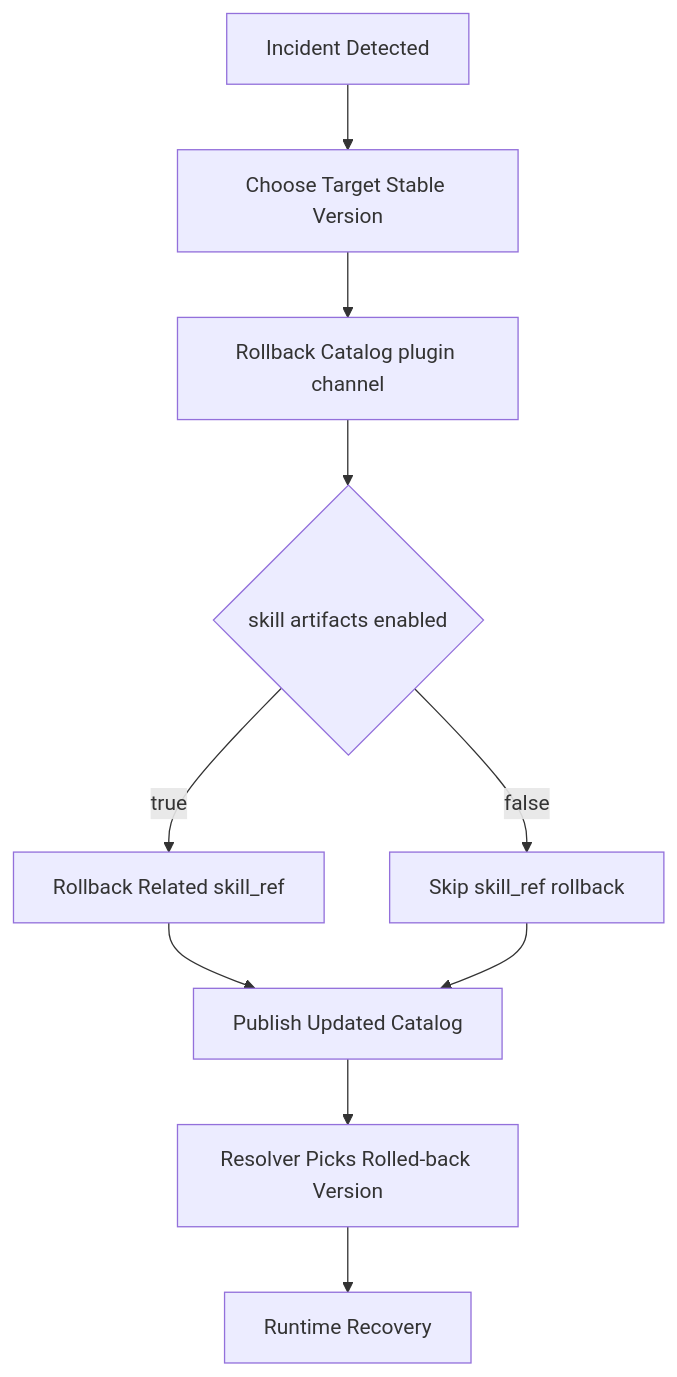
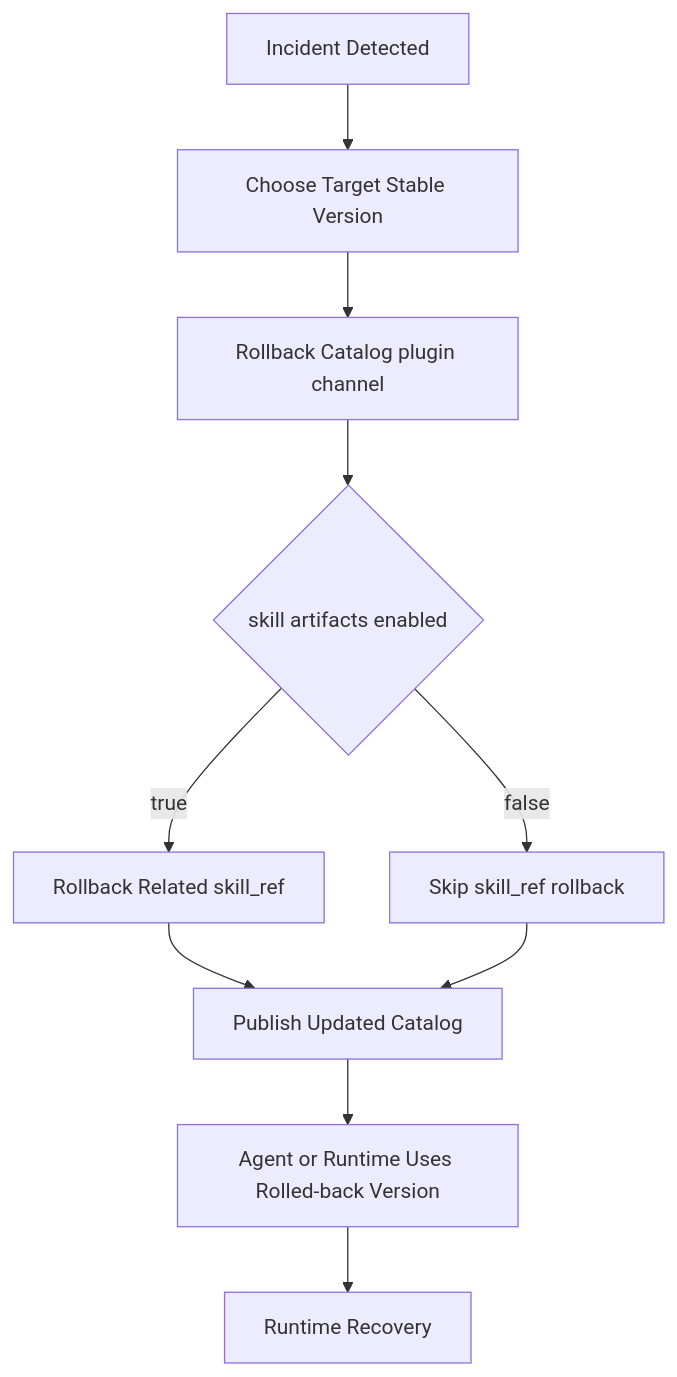
The third of 3 diagrams in docs/phase1/FLOW.md (devbolin/skills), drawn with Mermaid before and after one commit. The commit also changed other lines of this file and 7 other files, not shown here.

````diff
--- a/docs/phase1/FLOW.md
+++ b/docs/phase1/FLOW.md
@@ -55,12 +57,12 @@
 ```mermaid
 flowchart TD
   A[Incident Detected] --> B[Choose Target Stable Version]
   B --> C[Rollback Catalog plugin channel]
   C --> D{skill artifacts enabled}
   D -- true --> E[Rollback Related skill_ref]
   D -- false --> F[Skip skill_ref rollback]
   E --> G[Publish Updated Catalog]
   F --> G
-  G --> H[Resolver Picks Rolled-back Version]
+  G --> H[Agent or Runtime Uses Rolled-back Version]
   H --> I[Runtime Recovery]
 ```
````
